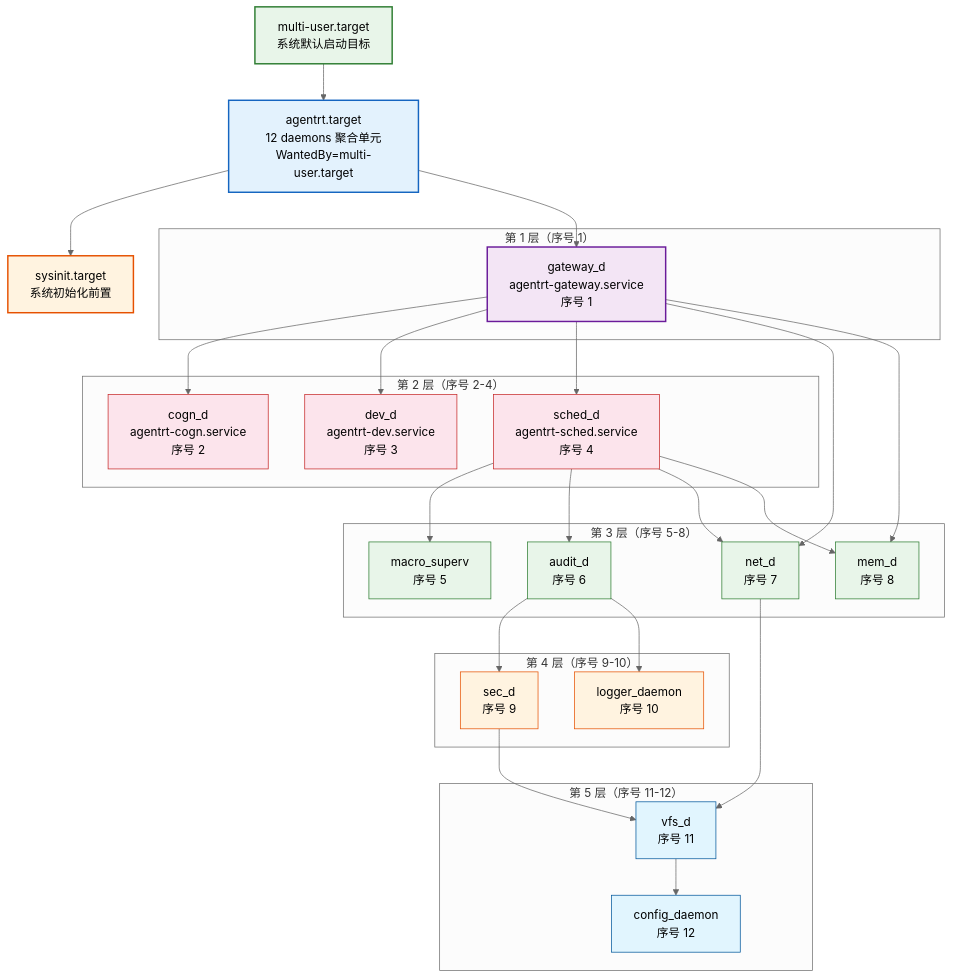
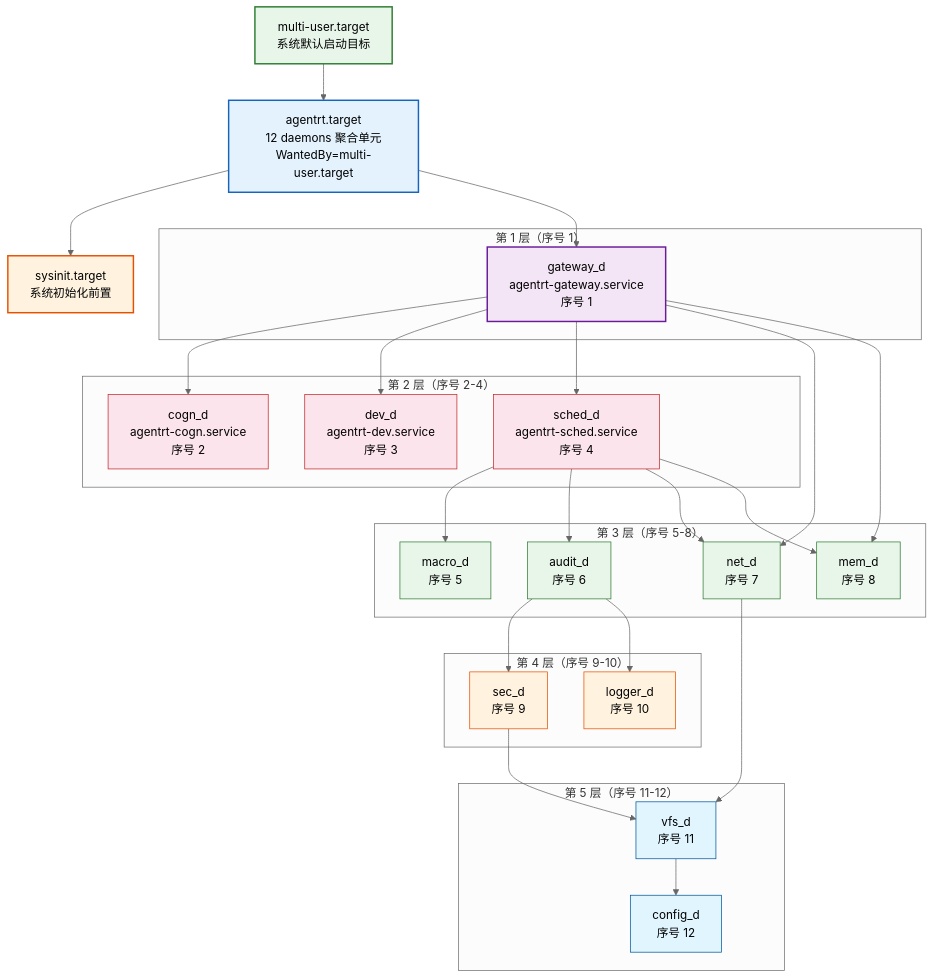
Before and after one commit to openairymax/docs: the sixth of 6 diagrams in AirymaxOS/100-operations/01-deployment.md, drawn with Mermaid (neutral theme). The commit also changed other lines of this file and 71 other files, not shown here.

````diff
--- a/AirymaxOS/100-operations/01-deployment.md
+++ b/AirymaxOS/100-operations/01-deployment.md
@@ -656,68 +656,68 @@
 ```mermaid
 graph TD
     MT["multi-user.target<br/>系统默认启动目标"]
     AT["agentrt.target<br/>12 daemons 聚合单元<br/>WantedBy=multi-user.target"]
     SI["sysinit.target<br/>系统初始化前置"]
 
     MT --> AT
     AT --> SI
 
     subgraph L1["第 1 层（序号 1）"]
         GW["gateway_d<br/>agentrt-gateway.service<br/>序号 1"]
     end
 
     subgraph L2["第 2 层（序号 2-4）"]
         COGN["cogn_d<br/>agentrt-cogn.service<br/>序号 2"]
         DEV["dev_d<br/>agentrt-dev.service<br/>序号 3"]
         SCHED["sched_d<br/>agentrt-sched.service<br/>序号 4"]
     end
 
     subgraph L3["第 3 层（序号 5-8）"]
-        MS["macro_superv<br/>序号 5"]
+        MS["macro_d<br/>序号 5"]
         AUDIT["audit_d<br/>序号 6"]
         NET["net_d<br/>序号 7"]
         MEM["mem_d<br/>序号 8"]
     end
 
     subgraph L4["第 4 层（序号 9-10）"]
         SEC["sec_d<br/>序号 9"]
-        LOGGER["logger_daemon<br/>序号 10"]
+        LOGGER["logger_d<br/>序号 10"]
     end
 
     subgraph L5["第 5 层（序号 11-12）"]
         VFS["vfs_d<br/>序号 11"]
-        CONFIG["config_daemon<br/>序号 12"]
+        CONFIG["config_d<br/>序号 12"]
     end
 
     AT --> GW
     GW --> COGN
     GW --> DEV
     GW --> SCHED
     SCHED --> MS
     SCHED --> AUDIT
     GW --> NET
     SCHED --> NET
     GW --> MEM
     SCHED --> MEM
     AUDIT --> SEC
     AUDIT --> LOGGER
     NET --> VFS
     SEC --> VFS
     VFS --> CONFIG
 
     style MT fill:#e8f5e9,stroke:#2e7d32,stroke-width:2px,color:#000
     style AT fill:#e3f2fd,stroke:#1565c0,stroke-width:2px,color:#000
     style SI fill:#fff3e0,stroke:#e65100,stroke-width:2px,color:#000
     style GW fill:#f3e5f5,stroke:#6a1b9a,stroke-width:2px,color:#000
     style COGN fill:#fce4ec,stroke:#c62828,color:#000
     style DEV fill:#fce4ec,stroke:#c62828,color:#000
     style SCHED fill:#fce4ec,stroke:#c62828,color:#000
     style MS fill:#e8f5e9,stroke:#2e7d32,color:#000
     style AUDIT fill:#e8f5e9,stroke:#2e7d32,color:#000
     style NET fill:#e8f5e9,stroke:#2e7d32,color:#000
     style MEM fill:#e8f5e9,stroke:#2e7d32,color:#000
     style SEC fill:#fff3e0,stroke:#e65100,color:#000
     style LOGGER fill:#fff3e0,stroke:#e65100,color:#000
     style VFS fill:#e1f5fe,stroke:#01579b,color:#000
     style CONFIG fill:#e1f5fe,stroke:#01579b,color:#000
 ```
````
